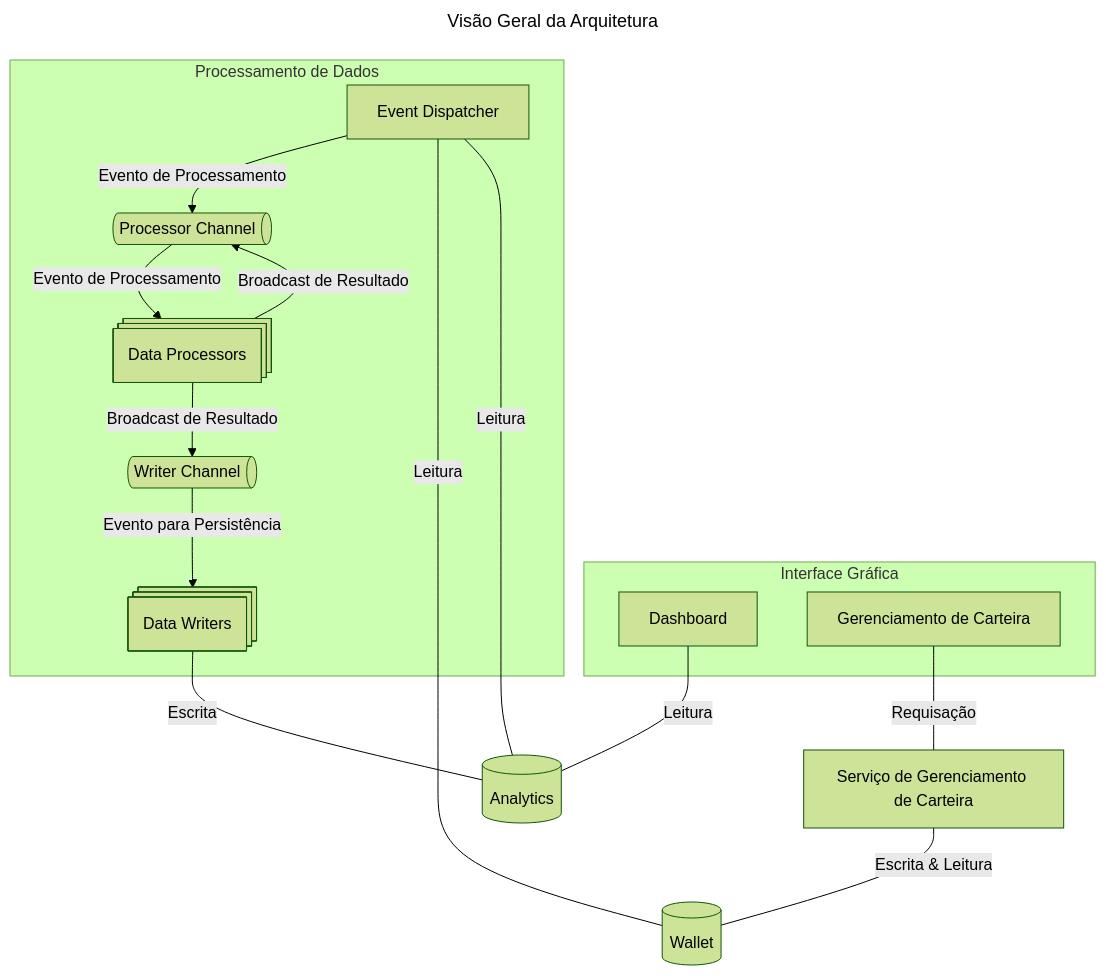
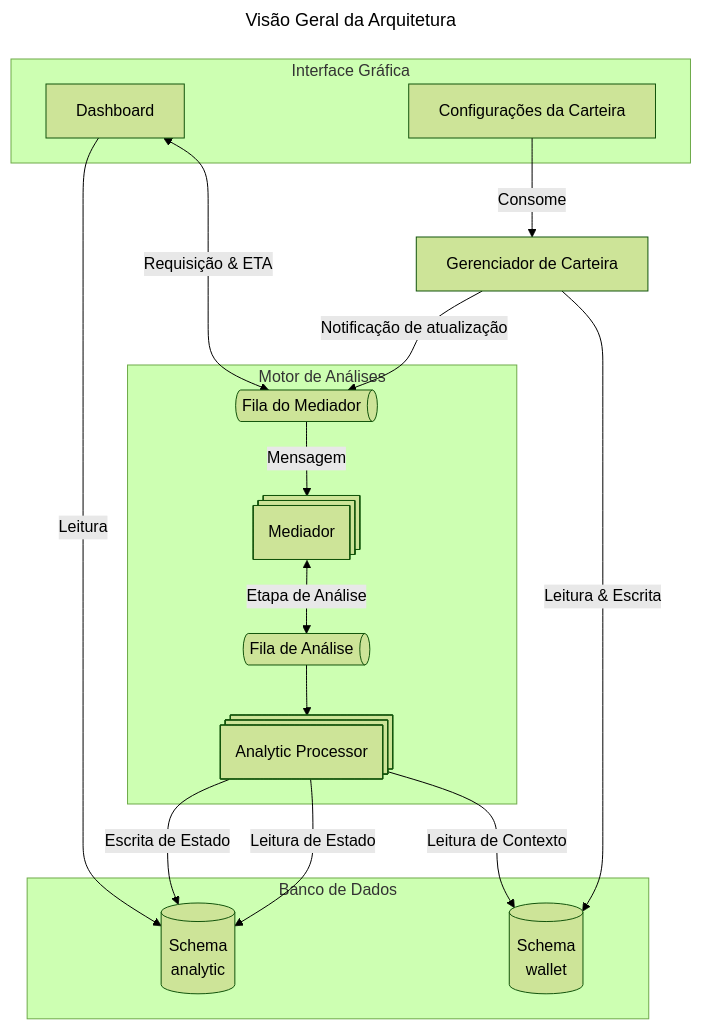
The diagram in docs/architecture.md (moesio-f/invest-earnings-dashboard), drawn with Mermaid (forest theme) before and after one commit. The commit also changed other lines of this file, not shown here.

Commit message:
docs(wip): update architecture

````diff
--- a/docs/architecture.md
+++ b/docs/architecture.md
@@ -57,28 +66,36 @@
 ```mermaid
 ---
 title: Visão Geral da Arquitetura
 ---
 flowchart TD
-wallet[(Wallet)]
-analytics[(Analytics)]
+    subgraph Banco de Dados
+        wallet_db[("<p>Schema</p>wallet")]
+        analytic_db[("<p>Schema</p>analytic")]
+    end
+    wallet_api[Gerenciador de Carteira]
 
-subgraph Interface Gráfica
-    dashboard[Dashboard]
-    config[Gerenciamento de Carteira]
-end
-subgraph Processamento de Dados
-    writer_channel@{shape: das, label: "Writer Channel"}
-    processor_channel@{shape: das, label: "Processor Channel"}
-    dispatcher[Event Dispatcher] -->|Evento de Processamento| processor_channel
-    processor_channel -->|Evento de Processamento| processor@{shape: procs, label: "Data Processors"}
-    processor -->|Broadcast de Resultado| processor_channel
-    processor -->|Broadcast de Resultado| writer_channel
-    writer_channel -->|Evento para Persistência| writer@{shape: procs, label: "Data Writers"}
-end
-config ---|Requisação| api[Serviço de Gerenciamento de Carteira]
-dashboard ---|Leitura| analytics
-dispatcher ---|Leitura| wallet
-dispatcher ---|Leitura| analytics
-writer ---|Escrita| analytics
-api ---|Escrita & Leitura| wallet
+    subgraph Interface Gráfica
+        dashboard[Dashboard]
+        settings_ui[Configurações da Carteira]
+    end
+
+    subgraph Motor de Análises
+        mediator_channel@{shape: das, label: "Fila do Mediador"}
+        analytic_channel@{shape: das, label: "Fila de Análise"}
+        mediator@{shape: procs, label: "Mediador"}
+        processor@{shape: procs, label: "Analytic Processor"}
+
+        mediator_channel -->|Mensagem| mediator
+        mediator <-->|Etapa de Análise| analytic_channel
+        analytic_channel --> processor
+    end
+
+    settings_ui -->|Consome| wallet_api
+    wallet_api -->|Leitura & Escrita| wallet_db
+    wallet_api -->|Notificação de atualização| mediator_channel
+    dashboard <-->|Requisição & ETA| mediator_channel
+    dashboard -->|Leitura| analytic_db
+    processor -->|Leitura de Contexto| wallet_db
+    processor -->|Leitura de Estado| analytic_db
+    processor -->|Escrita de Estado| analytic_db
 ```
````
